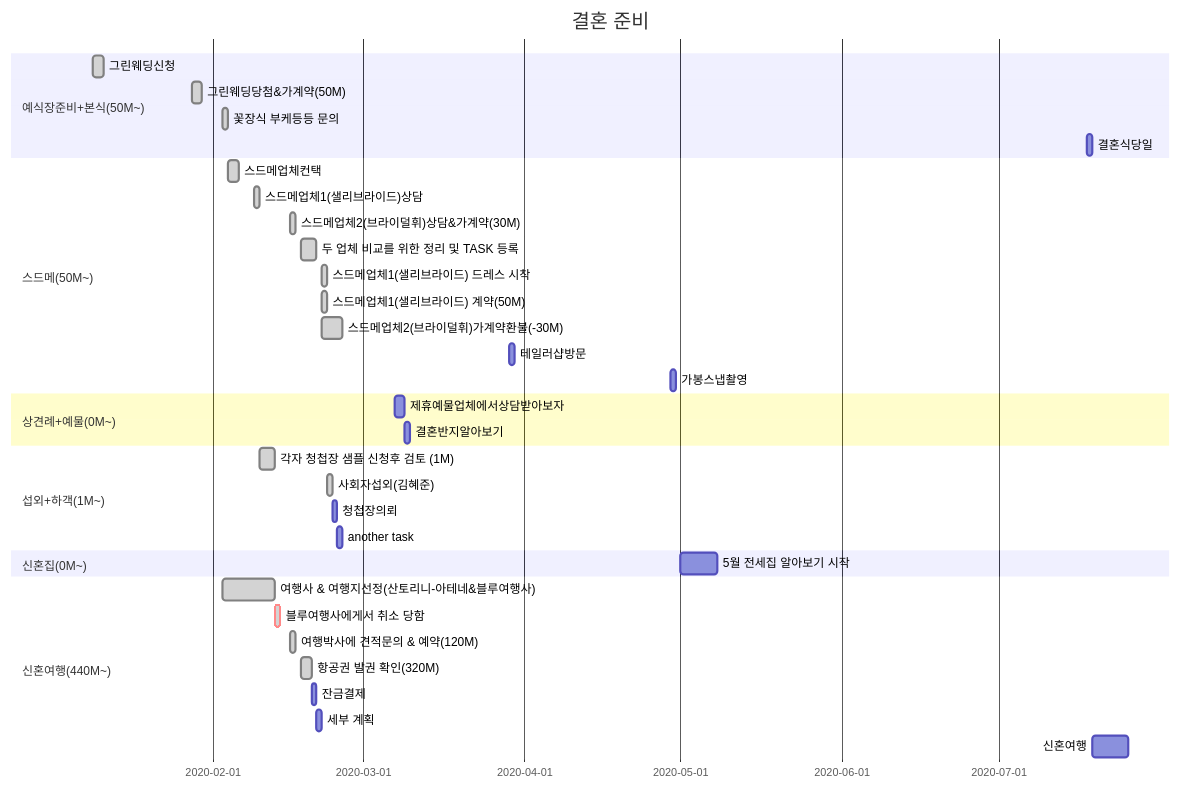
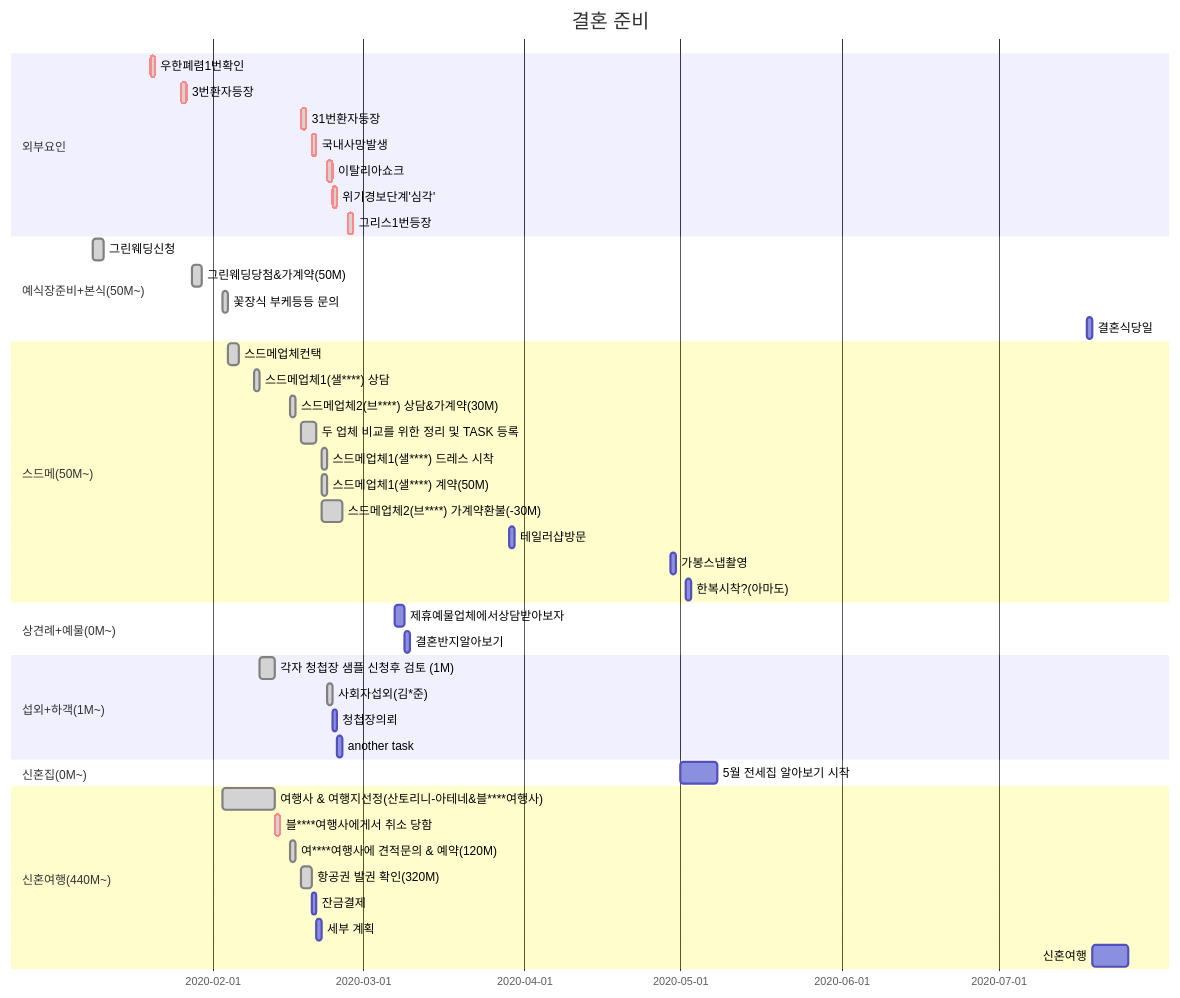
One commit to rino0601/hjk52knk changed the diagram in docs/plan/grantt.rst. Above: the diagram before and after it, drawn with Mermaid. The commit also changed other lines of this file and 5 other files, not shown here.

```diff
--- a/docs/plan/grantt.rst
+++ b/docs/plan/grantt.rst
@@ -4,44 +7,58 @@
 .. mermaid::
+   :caption: 일단위(만원단위) 스케쥴 그래프
+   :alt: 일단위(만원단위) 스케쥴 그래프
 
-  gantt
-    title 결혼 준비
-    dateFormat  YYYY-MM-DD
+   gantt
+      title 결혼 준비
+      dateFormat  YYYY-MM-DD
 
-    section 예식장준비+본식(50M~)
-      그린웨딩신청: done, 2020-01-09, 2d
-      그린웨딩당첨&가계약(50M): done, 2020-01-28, 2d
-      꽃장식 부케등등 문의: done, 2020-02-03, 1d
-      결혼식당일: dday, 2020-07-18  , 1d
-    section 스드메(50M~)
-      스드메업체컨택: done, 2020-02-04, 2d
-      스드메업체1(샐리브라이드)상담: done, 2020-02-09, 1d
-      스드메업체2(브라이덜휘)상담&가계약(30M): done, 2020-02-16, 1d
-      두 업체 비교를 위한 정리 및 TASK 등록: done, 2020-02-18, 2020-02-21
-      스드메업체1(샐리브라이드) 드레스 시착: done, 2020-02-22, 1d
-      스드메업체1(샐리브라이드) 계약(50M): done, 2020-02-22, 1d
-      스드메업체2(브라이덜휘)가계약환불(-30M): done, 2020-02-22, 2020-02-26
-      테일러샵방문: 2020-03-29, 1d
-      가봉스냅촬영: 2020-04-29, 1d
+      section 외부요인
+         우한폐렴1번확인: done, crit, 2020-01-20, 1d
+         3번환자등장: done, crit, 2020-01-26, 1d
+         31번환자등장: done, crit, 2020-02-18, 1d
+         국내사망발생: done, crit, 2020-02-20, 1d
+         이탈리아쇼크: done, crit, 2020-02-23, 1d
+         위기경보단계'심각': done, crit, 2020-02-24, 1d
+         그리스1번등장: done, crit, 2020-02-27, 1d
 
-    section 상견례+예물(0M~)
-      제휴예물업체에서상담받아보자: 2020-03-07, 2d
-      결혼반지알아보기: 1d
 
-    section 섭외+하객(1M~)
-      각자 청첩장 샘플 신청후 검토 (1M): done, 2020-02-10, 2020-02-13
-      사회자섭외(김혜준): done, 2020-02-23, 1d
-      청첩장의뢰                :1d
-      another task             :1d
+      section 예식장준비+본식(50M~)
+         그린웨딩신청: done, 2020-01-09, 2d
+         그린웨딩당첨&가계약(50M): done, 2020-01-28, 2d
+         꽃장식 부케등등 문의: done, 2020-02-03, 1d
+         결혼식당일: dday, 2020-07-18  , 1d
 
-    section 신혼집(0M~)
-      5월 전세집 알아보기 시작: 2020-05-01, 7d
+      section 스드메(50M~)
+         스드메업체컨택: done, 2020-02-04, 2d
+         스드메업체1(샐****) 상담: done, 2020-02-09, 1d
+         스드메업체2(브****) 상담&가계약(30M): done, 2020-02-16, 1d
+         두 업체 비교를 위한 정리 및 TASK 등록: done, 2020-02-18, 2020-02-21
+         스드메업체1(샐****) 드레스 시착: done, 2020-02-22, 1d
+         스드메업체1(샐****) 계약(50M): done, 2020-02-22, 1d
+         스드메업체2(브****) 가계약환불(-30M): done, 2020-02-22, 2020-02-26
+         테일러샵방문: 2020-03-29, 1d
+         가봉스냅촬영: 2020-04-29, 1d
+         한복시착?(아마도): 2020-05-02, 1d
 
-    section 신혼여행(440M~)
-      여행사 & 여행지선정(산토리니-아테네&블루여행사): done, 2020-02-03, 2020-02-13
-      블루여행사에게서 취소 당함: done, crit, 2020-02-13, 1d
-      여행박사에 견적문의 & 예약(120M): done, 2020-02-16, 2020-02-17
-      항공권 발권 확인(320M): done, 2020-02-18, 2020-02-20
-      잔금결제: 1d
+      section 상견례+예물(0M~)
+         제휴예물업체에서상담받아보자: 2020-03-07, 2d
+         결혼반지알아보기: 1d
 
-      세부 계획             :1d
-      신혼여행: 2020-07-19, 2020-07-26
+      section 섭외+하객(1M~)
+         각자 청첩장 샘플 신청후 검토 (1M): done, 2020-02-10, 2020-02-13
+         사회자섭외(김*준): done, 2020-02-23, 1d
+         청첩장의뢰                :1d
+         another task             :1d
+
+      section 신혼집(0M~)
+         5월 전세집 알아보기 시작: 2020-05-01, 7d
+
+      section 신혼여행(440M~)
+         여행사 & 여행지선정(산토리니-아테네&블****여행사): done, 2020-02-03, 2020-02-13
+         블****여행사에게서 취소 당함: done, crit, 2020-02-13, 1d
+         여****여행사에 견적문의 & 예약(120M): done, 2020-02-16, 2020-02-17
+         항공권 발권 확인(320M): done, 2020-02-18, 2020-02-20
+         잔금결제: 1d
+
+         세부 계획: 1d
+         신혼여행: 2020-07-19, 2020-07-26
```
